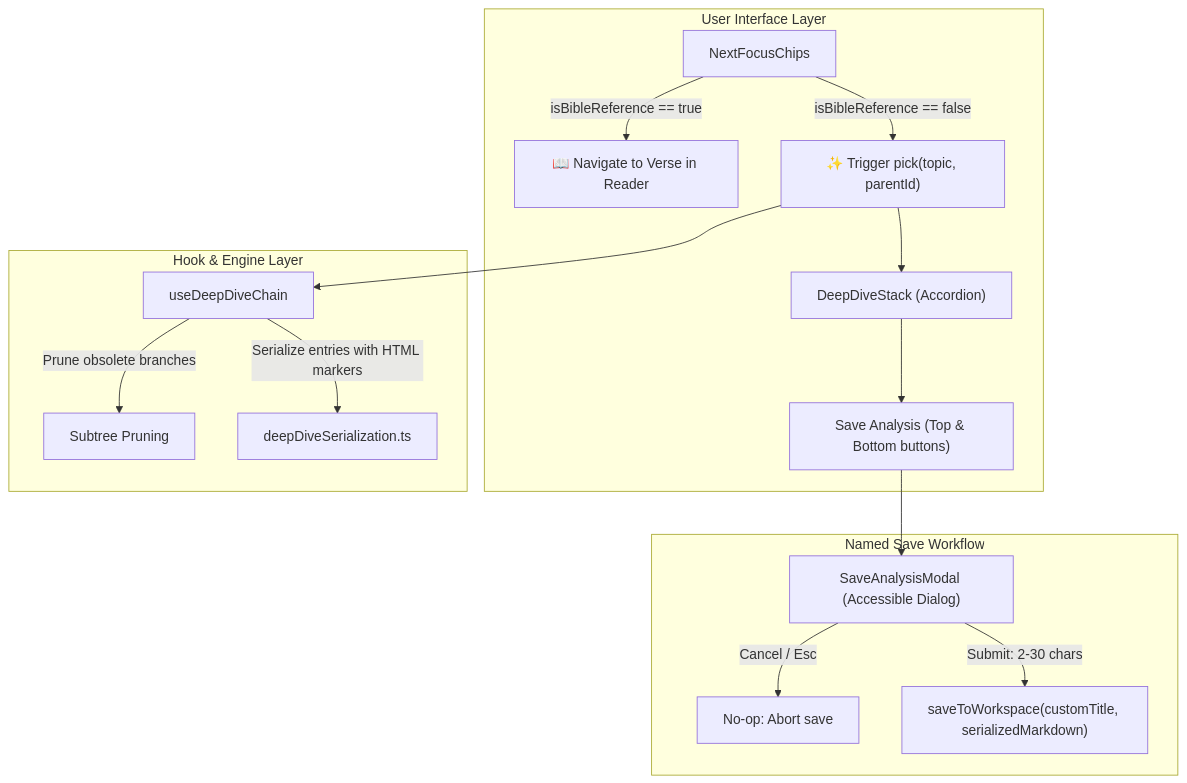
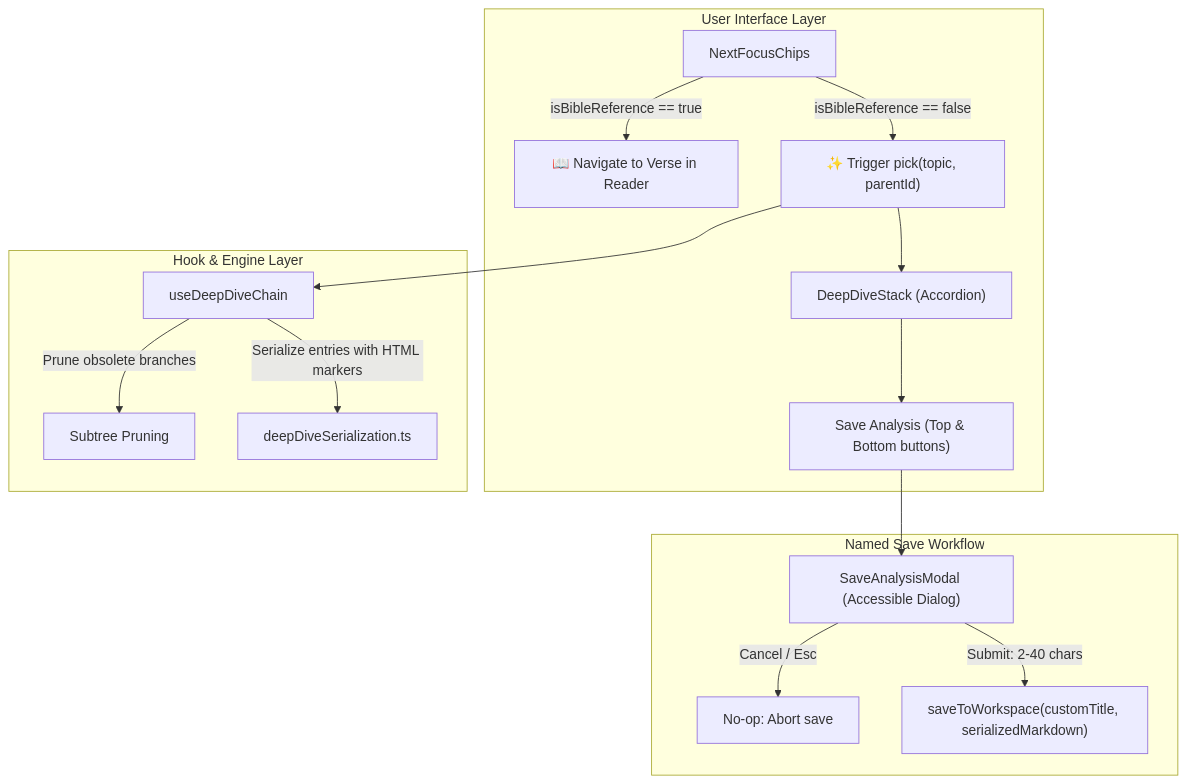
Before and after one commit to mvirtai/clible-v3-go: the second of 2 diagrams in pr_stories/118-feat-ai-deepening-chain-and-pending-feedback.md, drawn with Mermaid. The commit also changed other lines of this file and 7 other files, not shown here.

Commit message:
fix(ui): align SaveAnalysisModal limit to 40 chars and refine PR 118

````diff
--- a/pr_stories/118-feat-ai-deepening-chain-and-pending-feedback.md
+++ b/pr_stories/118-feat-ai-deepening-chain-and-pending-feedback.md
@@ -62,21 +62,21 @@
 ```mermaid
 flowchart TD
     subgraph UI ["User Interface Layer"]
         A["NextFocusChips"] -->|"isBibleReference == true"| B["📖 Navigate to Verse in Reader"]
         A -->|"isBibleReference == false"| C["✨ Trigger pick(topic, parentId)"]
         C --> D["DeepDiveStack (Accordion)"]
         D --> E["Save Analysis (Top & Bottom buttons)"]
     end
 
     subgraph Modal ["Named Save Workflow"]
         E --> F["SaveAnalysisModal (Accessible Dialog)"]
         F -->|"Cancel / Esc"| G["No-op: Abort save"]
-        F -->|"Submit: 2-30 chars"| H["saveToWorkspace(customTitle, serializedMarkdown)"]
+        F -->|"Submit: 2-40 chars"| H["saveToWorkspace(customTitle, serializedMarkdown)"]
     end
 
     subgraph State ["Hook & Engine Layer"]
         C --> I["useDeepDiveChain"]
         I -->|"Prune obsolete branches"| J["Subtree Pruning"]
         I -->|"Serialize entries with HTML markers"| K["deepDiveSerialization.ts"]
     end
 ```
````
